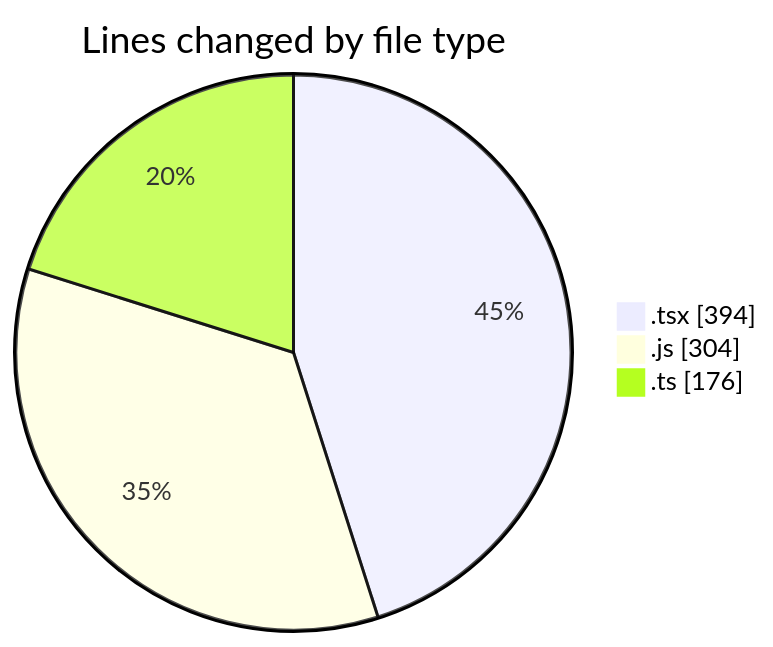
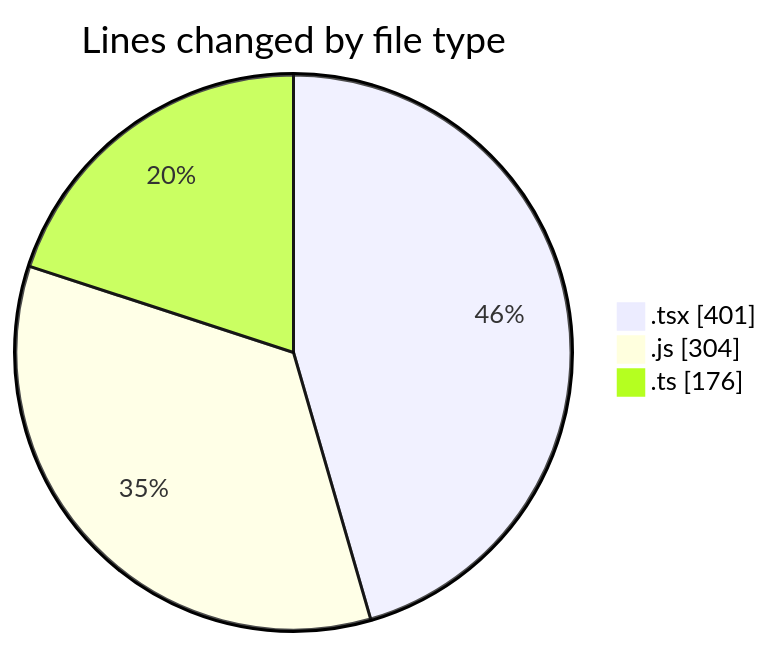
Before and after one commit to momahboobian/code-tracking: the first of 2 diagrams in 2025-02-26/cda/README.md, drawn with Mermaid. The commit also changed other lines of this file and 1 other file, not shown here.

````diff
--- a/2025-02-26/cda/README.md
+++ b/2025-02-26/cda/README.md
@@ -30,7 +30,7 @@
 ```mermaid
 pie showData
 title Lines changed by file type
-".tsx" : 394
+".tsx" : 401
 ".js" : 304
 ".ts" : 176
 ```
````
